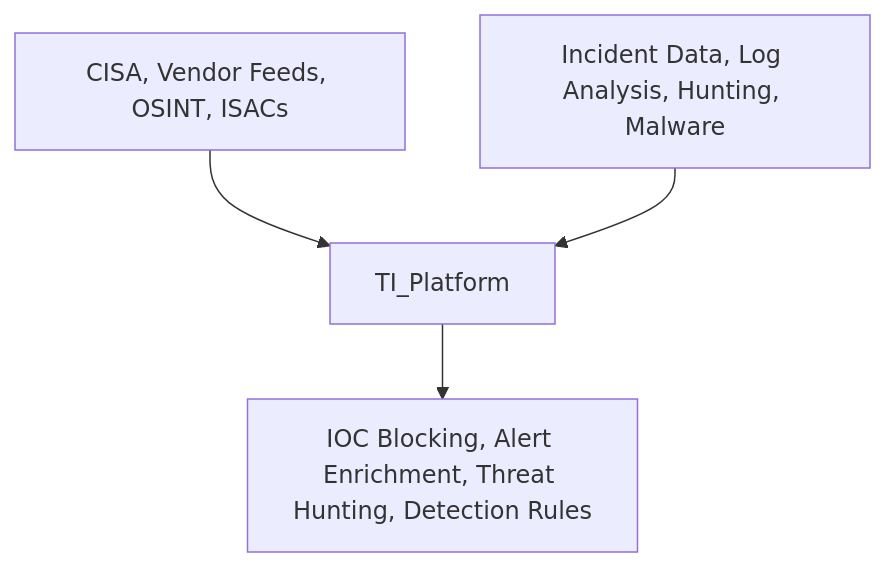
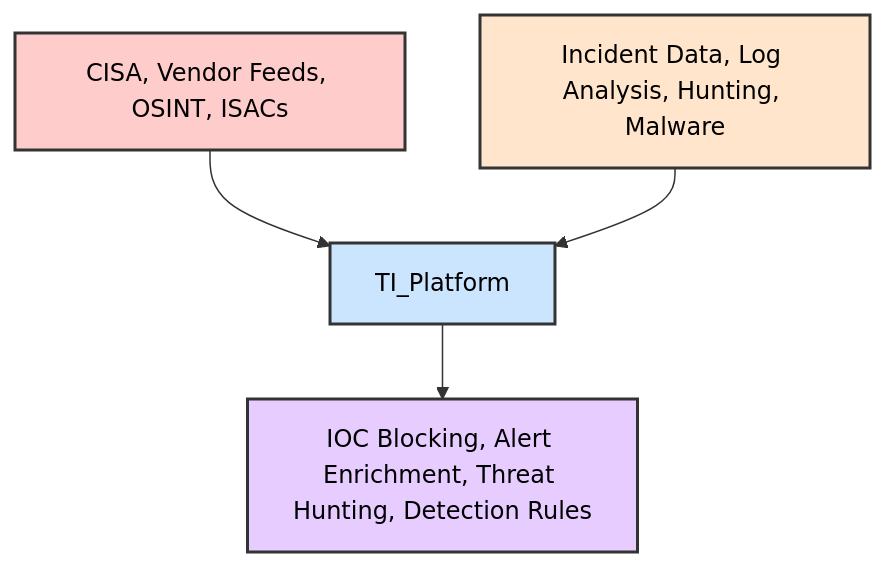
Before and after one commit to manojxshrestha/SOC-Analyst-Cheatsheet: diagram 27 of 29 in 1-Incident-Handling-Process/README.md, drawn with Mermaid. The commit also changed other lines of this file, not shown here.

````diff
--- a/1-Incident-Handling-Process/README.md
+++ b/1-Incident-Handling-Process/README.md
@@ -1214,10 +1246,15 @@
 ```mermaid
 graph TD
     External_Feeds --> TI_Platform
     Internal_Sources --> TI_Platform
     TI_Platform --> Use_Cases
-    
+
     External_Feeds[CISA, Vendor Feeds, OSINT, ISACs]
     Internal_Sources[Incident Data, Log Analysis, Hunting, Malware]
     Use_Cases[IOC Blocking, Alert Enrichment, Threat Hunting, Detection Rules]
+
+    style External_Feeds fill:#ffcccc,stroke:#333,stroke-width:2px,color:#000
+    style Internal_Sources fill:#ffe5cc,stroke:#333,stroke-width:2px,color:#000
+    style TI_Platform fill:#cce5ff,stroke:#333,stroke-width:2px,color:#000
+    style Use_Cases fill:#e6ccff,stroke:#333,stroke-width:2px,color:#000
 ```
````
